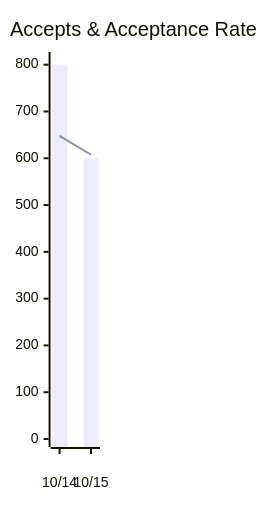
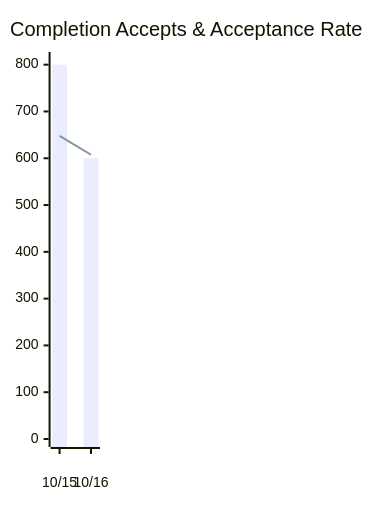
Before and after one commit to austenstone/copilot-usage: the second of 5 diagrams in __tests__/mock/team-usage-summary.md, drawn with Mermaid. The commit also changed other lines of this file and 11 other files, not shown here.

````diff
--- a/__tests__/mock/team-usage-summary.md
+++ b/__tests__/mock/team-usage-summary.md
@@ -27,19 +27,19 @@
 ```mermaid
 ---
 config:
     xyChart:
         width: 90
         height: 500
         xAxis:
             labelPadding: 20
     themeVariables:
         xyChart:
             backgroundColor: "transparent"
 ---
 xychart-beta
-  title "Accepts & Acceptance Rate"
-  x-axis ["10/14", "10/15"]
+  title "Completion Accepts & Acceptance Rate"
+  x-axis ["10/15", "10/16"]
   y-axis "Acceptances" 0 --> 810
   bar [800, 600]
   line [648, 607.5]
 ```
````
